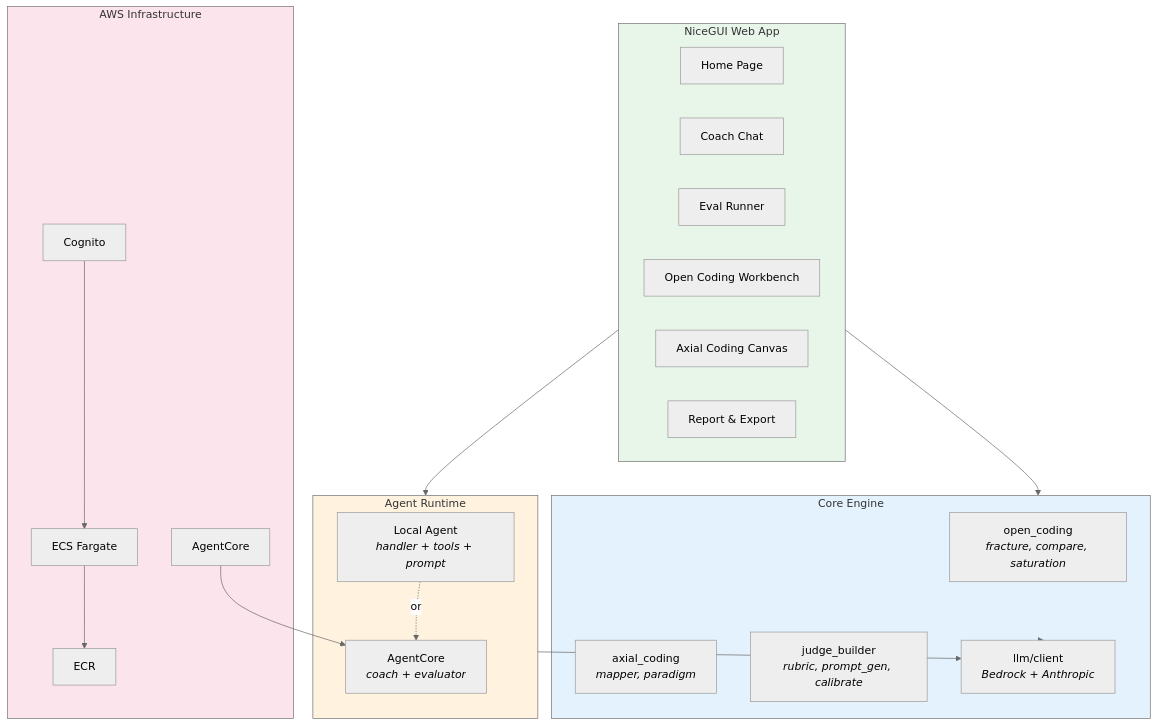
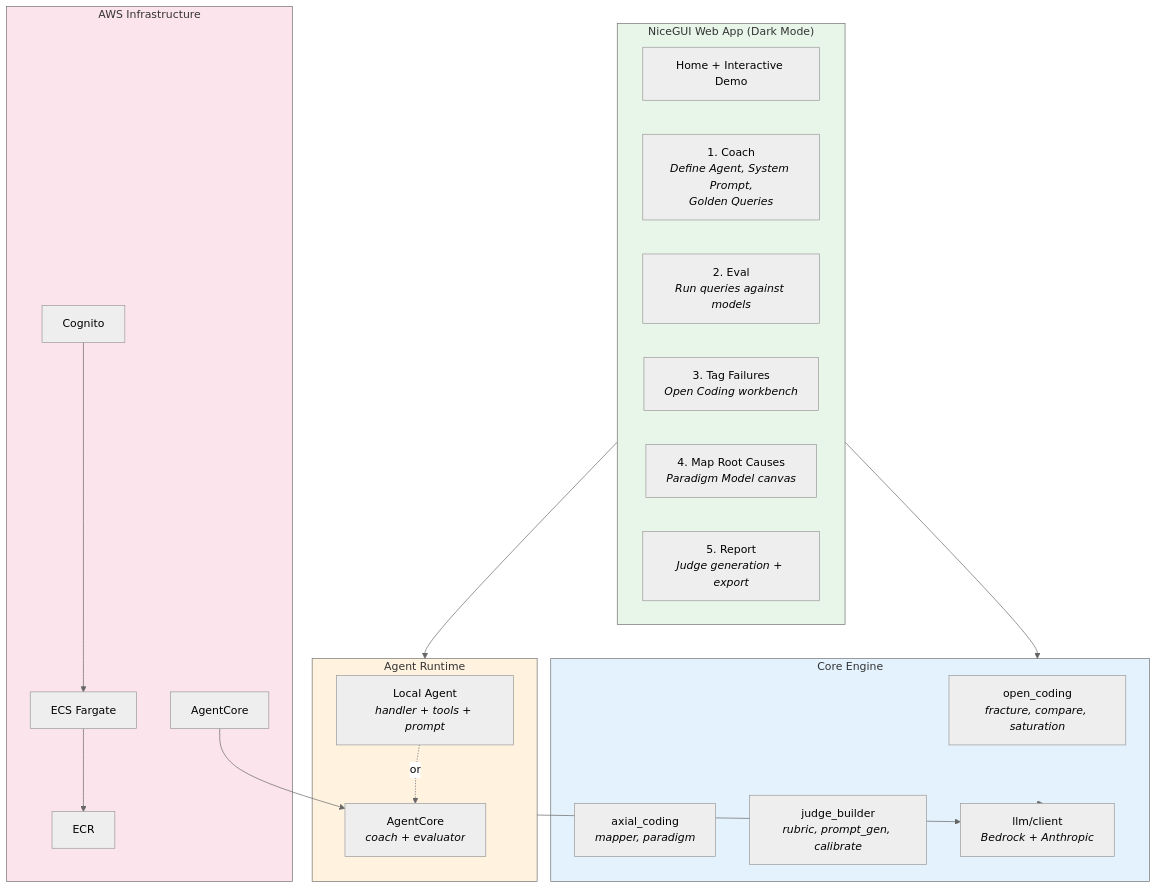
The seventh of 8 diagrams in README.md (aws-samples/sample-GEDD), drawn with Mermaid (neutral theme) before and after one commit. The commit also changed other lines of this file, not shown here.

Commit message:
docs: update README to reflect new UI flow and dark mode design

````diff
--- a/README.md
+++ b/README.md
@@ -268,44 +268,44 @@
 ```mermaid
 flowchart TD
-    subgraph UI["NiceGUI Web App"]
-        HOME[Home Page]
-        COACH[Coach Chat]
-        EVAL[Eval Runner]
-        CODING[Open Coding Workbench]
-        ANALYSIS[Axial Coding Canvas]
-        REPORT[Report & Export]
+    subgraph UI["NiceGUI Web App (Dark Mode)"]
+        HOME[Home + Interactive Demo]
+        COACH["1. Coach<br/><i>Define Agent, System Prompt,<br/>Golden Queries</i>"]
+        EVAL["2. Eval<br/><i>Run queries against models</i>"]
+        CODING["3. Tag Failures<br/><i>Open Coding workbench</i>"]
+        ANALYSIS["4. Map Root Causes<br/><i>Paradigm Model canvas</i>"]
+        REPORT["5. Report<br/><i>Judge generation + export</i>"]
     end
 
     subgraph Core["Core Engine"]
         OC[open_coding<br/><i>fracture, compare, saturation</i>]
         AX[axial_coding<br/><i>mapper, paradigm</i>]
         JB[judge_builder<br/><i>rubric, prompt_gen, calibrate</i>]
         LLM[llm/client<br/><i>Bedrock + Anthropic</i>]
     end
 
     subgraph Agent["Agent Runtime"]
         LOCAL[Local Agent<br/><i>handler + tools + prompt</i>]
         REMOTE[AgentCore<br/><i>coach + evaluator</i>]
     end
 
     subgraph Infra["AWS Infrastructure"]
         ECS[ECS Fargate]
         COG[Cognito]
         ECR[ECR]
         AC[AgentCore]
     end
 
     UI --> Core
     UI --> Agent
     Core --> LLM
     Agent --> LLM
     LOCAL -.->|or| REMOTE
     ECS --> ECR
     COG --> ECS
     AC --> REMOTE
 
     style UI fill:#e8f5e9
     style Core fill:#e3f2fd
     style Agent fill:#fff3e0
     style Infra fill:#fce4ec
 ```
````
